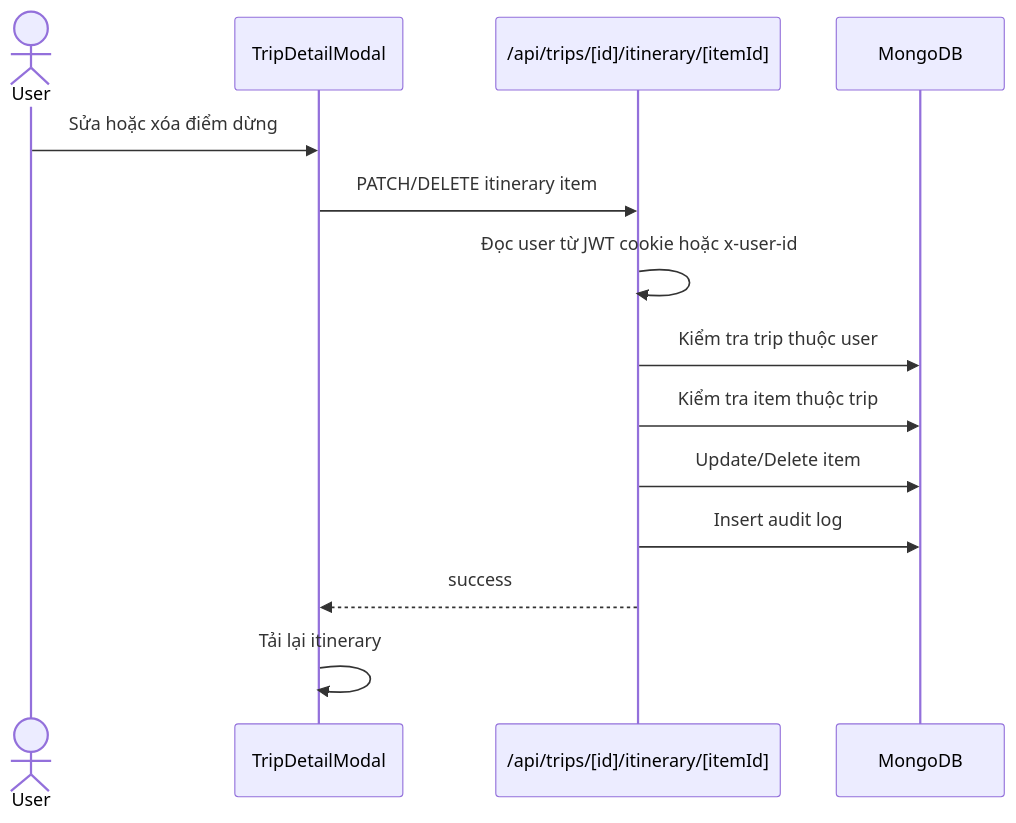
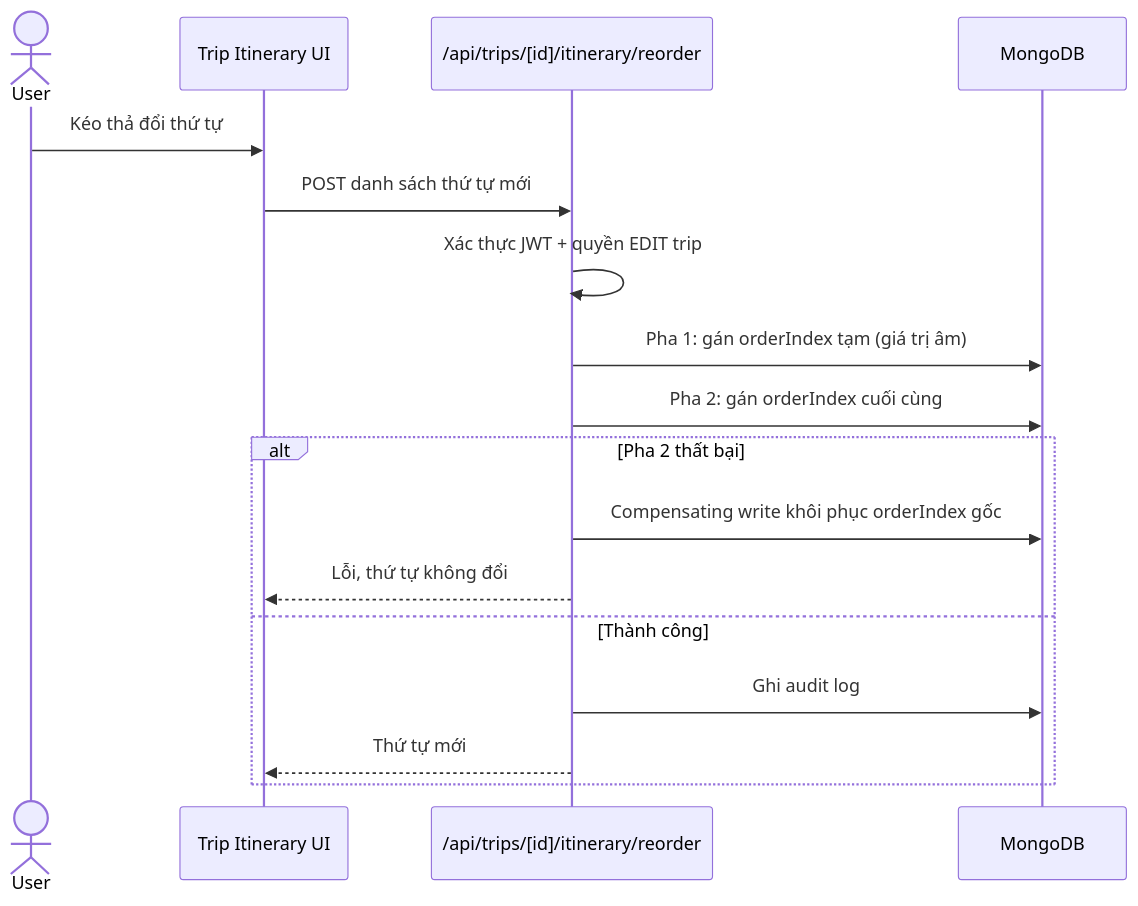
The fourth of 5 diagrams in docs/04_SEQUENCE.md (NguyenHoangPhuong275/dattcnpm), drawn with Mermaid before and after one commit. The commit also changed other lines of this file and 192 other files, not shown here.

````diff
--- a/docs/04_SEQUENCE.md
+++ b/docs/04_SEQUENCE.md
@@ -117,17 +87,20 @@
 ```mermaid
 sequenceDiagram
     actor User
-    participant UI as TripDetailModal
-    participant API as /api/trips/[id]/itinerary/[itemId]
+    participant UI as Trip Itinerary UI
+    participant API as /api/trips/[id]/itinerary/reorder
     participant Mongo as MongoDB
 
-    User->>UI: Sửa hoặc xóa điểm dừng
-    UI->>API: PATCH/DELETE itinerary item
-    API->>API: Đọc user từ JWT cookie hoặc x-user-id
-    API->>Mongo: Kiểm tra trip thuộc user
-    API->>Mongo: Kiểm tra item thuộc trip
-    API->>Mongo: Update/Delete item
-    API->>Mongo: Insert audit log
-    API-->>UI: success
-    UI->>UI: Tải lại itinerary
+    User->>UI: Kéo thả đổi thứ tự
+    UI->>API: POST danh sách thứ tự mới
+    API->>API: Xác thực JWT + quyền EDIT trip
+    API->>Mongo: Pha 1: gán orderIndex tạm (giá trị âm)
+    API->>Mongo: Pha 2: gán orderIndex cuối cùng
+    alt Pha 2 thất bại
+        API->>Mongo: Compensating write khôi phục orderIndex gốc
+        API-->>UI: Lỗi, thứ tự không đổi
+    else Thành công
+        API->>Mongo: Ghi audit log
+        API-->>UI: Thứ tự mới
+    end
 ```
````
